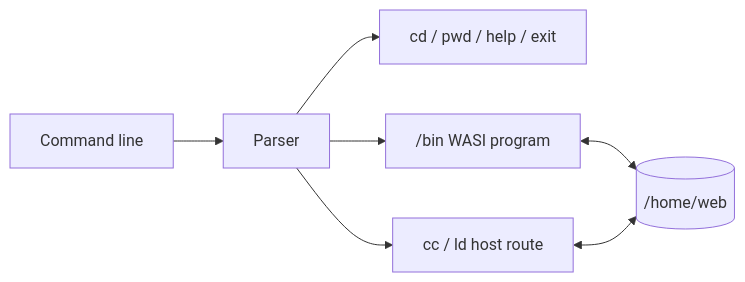
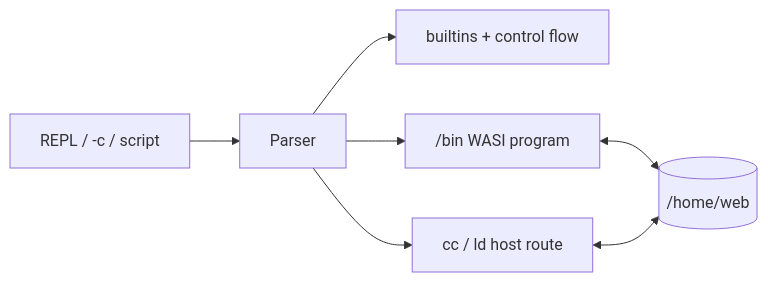
The diagram in docs/slop.md (daugasauron/piodide), drawn with Mermaid before and after one commit. The commit also changed other lines of this file and 35 other files, not shown here.

````diff
--- a/docs/slop.md
+++ b/docs/slop.md
@@ -10,9 +11,9 @@
 ```mermaid
 flowchart LR
-  Line["Command line"] --> Parser
-  Parser --> Builtins["cd / pwd / help / exit"]
+  Script["REPL / -c / script"] --> Parser
+  Parser --> Builtins["builtins + control flow"]
   Parser --> Child["/bin WASI program"]
   Parser --> Toolchain["cc / ld host route"]
   Child <--> FS[("/home/web")]
   Toolchain <--> FS
 ```
````
